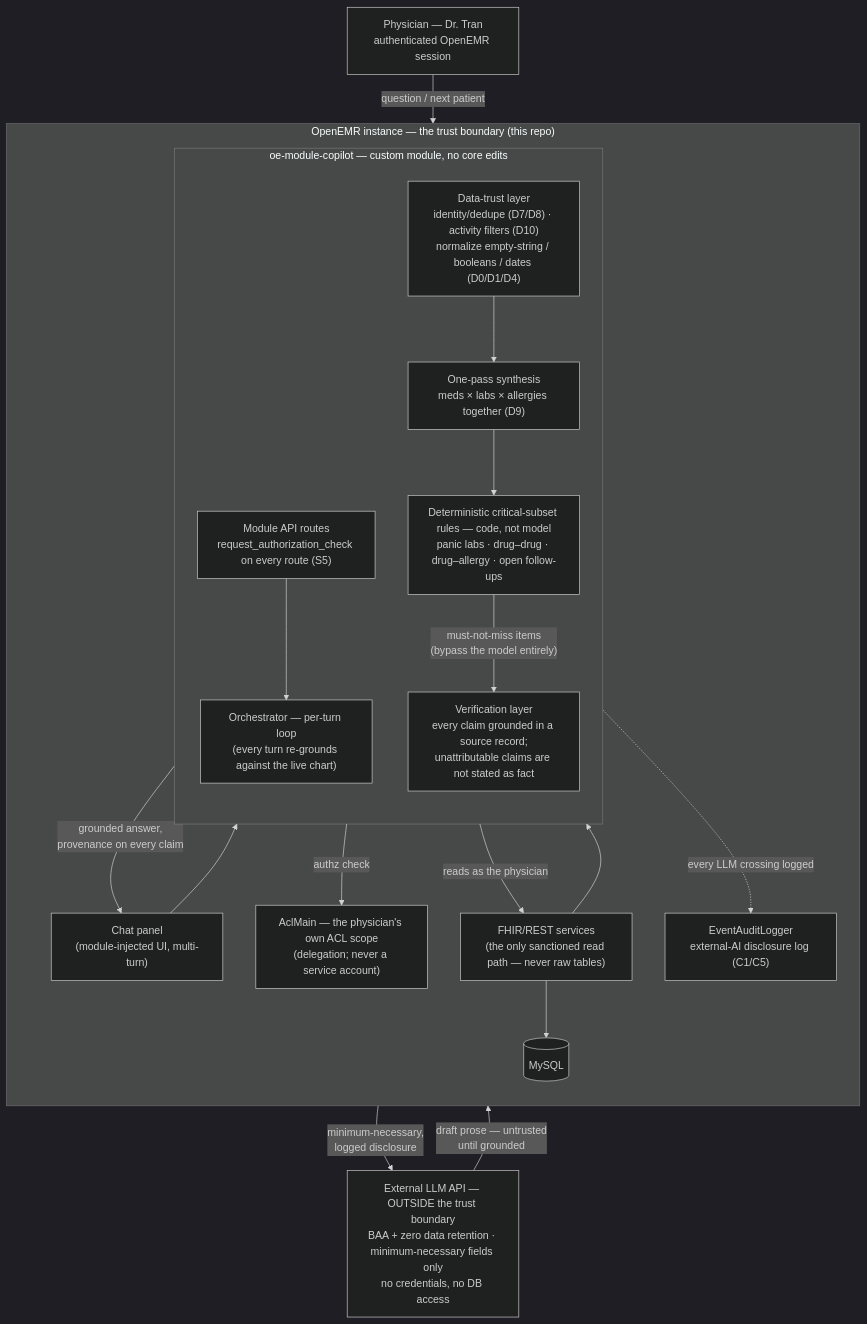
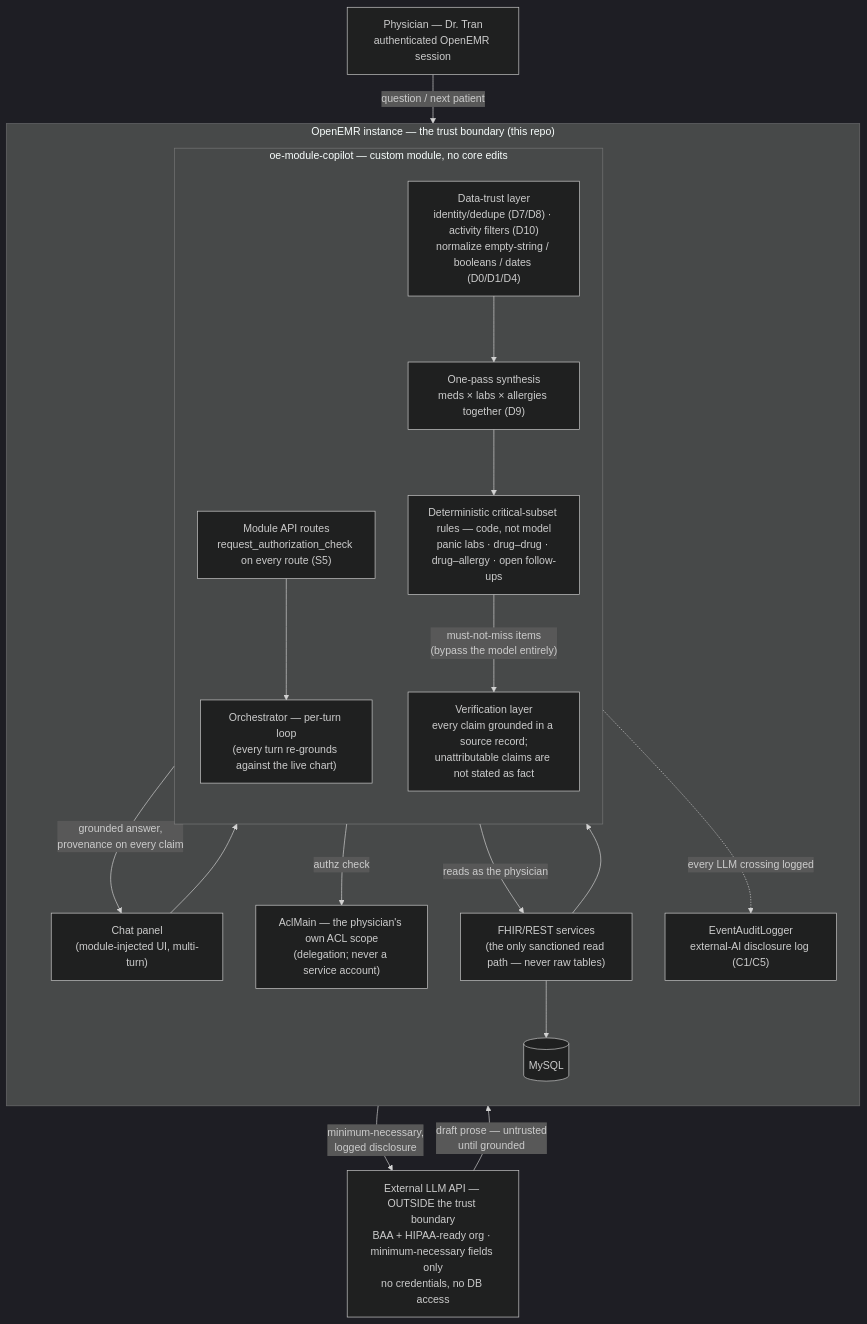
One commit to troysatchell/openemr-agent changed the diagram in ARCHITECTURE.md. Above: the diagram before and after it, drawn with Mermaid (dark theme). The commit also changed other lines of this file and 1 other file, not shown here.

First line of the commit message:
docs(copilot): two-track metric model + BAA/ZDR compliance correction

````diff
--- a/ARCHITECTURE.md
+++ b/ARCHITECTURE.md
@@ -85,41 +87,41 @@
 ```mermaid
 flowchart TB
     DOC["Physician — Dr. Tran<br/>authenticated OpenEMR session"]
 
     subgraph TRUST["OpenEMR instance — the trust boundary (this repo)"]
         direction TB
         UI["Chat panel<br/>(module-injected UI, multi-turn)"]
 
         subgraph MOD["oe-module-copilot — custom module, no core edits"]
             direction TB
             RT["Module API routes<br/>request_authorization_check on every route (S5)"]
             ORCH["Orchestrator — per-turn loop<br/>(every turn re-grounds against the live chart)"]
             DT["Data-trust layer<br/>identity/dedupe (D7/D8) · activity filters (D10)<br/>normalize empty-string / booleans / dates (D0/D1/D4)"]
             SYN["One-pass synthesis<br/>meds × labs × allergies together (D9)"]
             DET["Deterministic critical-subset rules — code, not model<br/>panic labs · drug–drug · drug–allergy · open follow-ups"]
             VER["Verification layer<br/>every claim grounded in a source record;<br/>unattributable claims are not stated as fact"]
         end
 
         FHIR["FHIR/REST services<br/>(the only sanctioned read path — never raw tables)"]
         ACL["AclMain — the physician's own ACL scope<br/>(delegation; never a service account)"]
         LOG["EventAuditLogger<br/>external-AI disclosure log (C1/C5)"]
         DB[("MySQL")]
     end
 
-    LLM["External LLM API — OUTSIDE the trust boundary<br/>BAA + zero data retention · minimum-necessary fields only<br/>no credentials, no DB access"]
+    LLM["External LLM API — OUTSIDE the trust boundary<br/>BAA + HIPAA-ready org · minimum-necessary fields only<br/>no credentials, no DB access"]
 
     DOC -->|"question / next patient"| UI
     UI --> RT
     RT -->|"authz check"| ACL
     RT --> ORCH
     ORCH -->|"reads as the physician"| FHIR
     FHIR --> DB
     FHIR --> DT
     DT --> SYN
     SYN --> DET
     SYN -->|"minimum-necessary,<br/>logged disclosure"| LLM
     ORCH -.->|"every LLM crossing logged"| LOG
     LLM -->|"draft prose — untrusted<br/>until grounded"| VER
     DET -->|"must-not-miss items<br/>(bypass the model entirely)"| VER
     VER -->|"grounded answer,<br/>provenance on every claim"| UI
 ```
````
